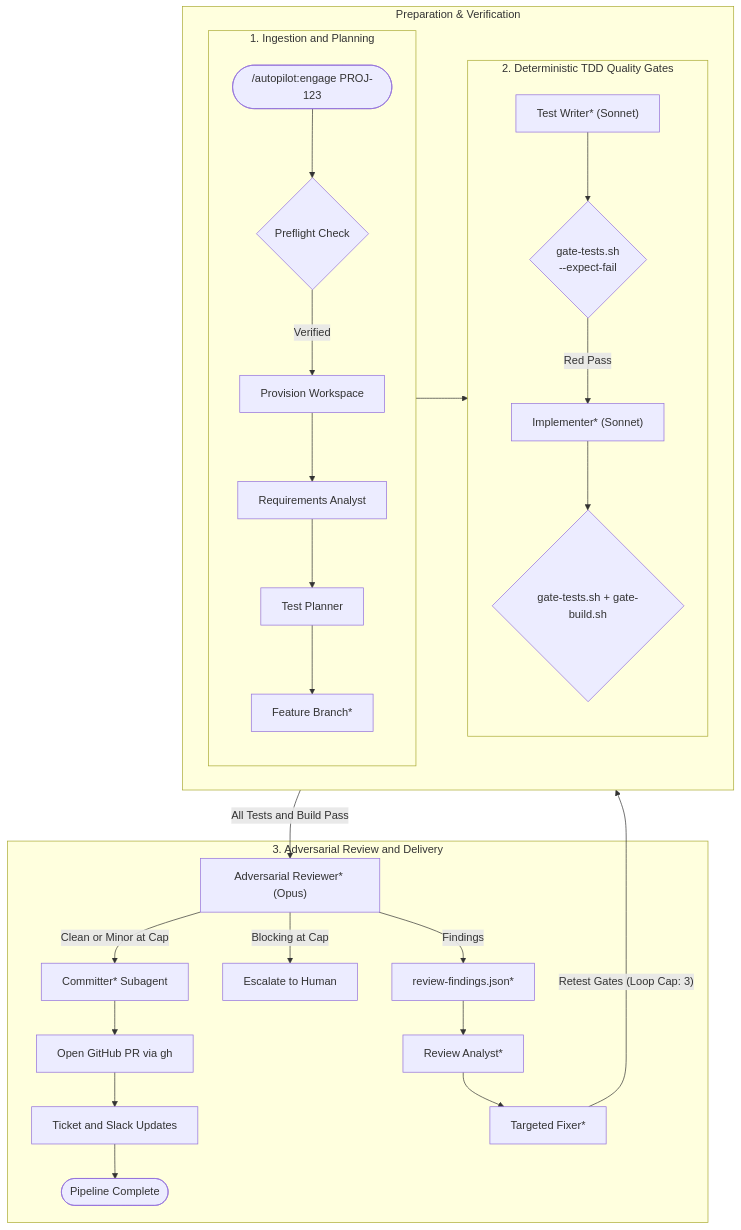
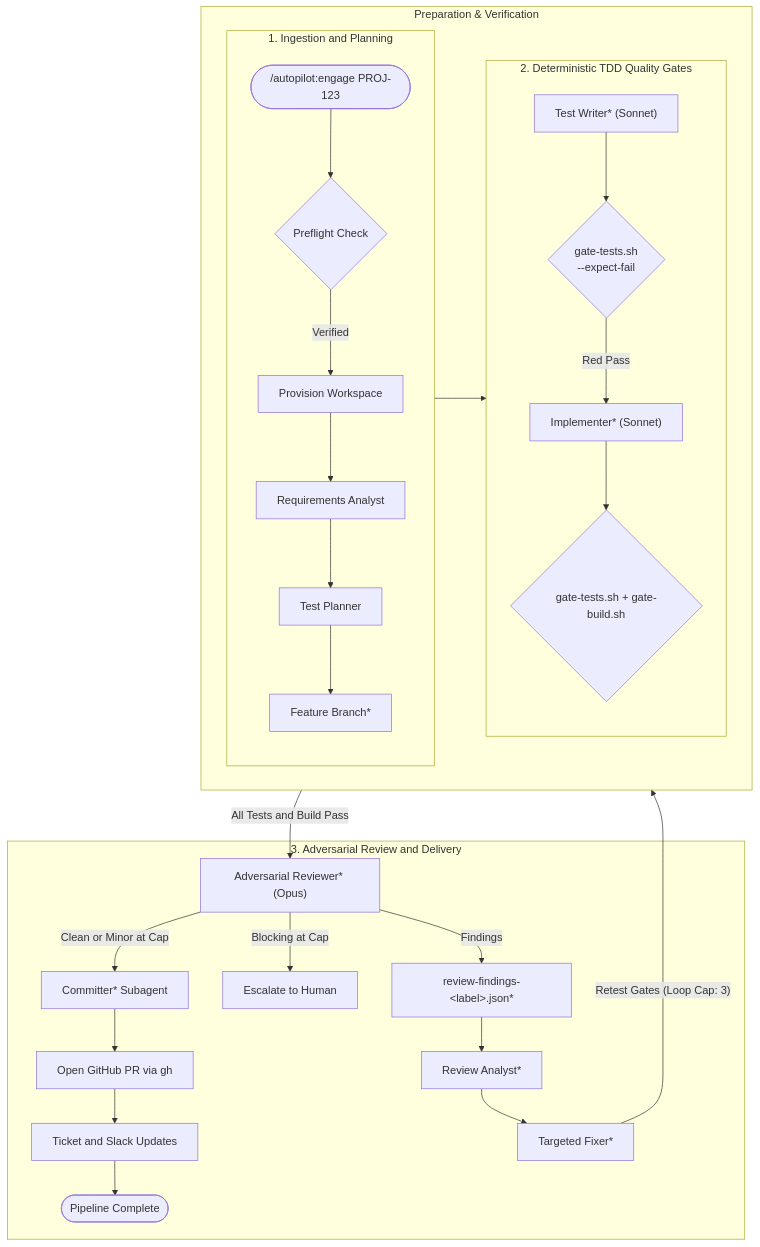
One commit to urvijain02/claude-autopilot changed the first of 2 diagrams in README.md. Above: the diagram before and after it, drawn with Mermaid. The commit also changed other lines of this file and 22 other files, not shown here.

````diff
--- a/README.md
+++ b/README.md
@@ -62,41 +77,41 @@
 ```mermaid
 flowchart TD
     subgraph Top_Row ["Preparation & Verification"]
         direction LR
         subgraph Plan_Phase ["1. Ingestion and Planning"]
             direction TB
             Start(["/autopilot:engage PROJ-123"]) --> Preflight{"Preflight Check"}
             Preflight -->|Verified| Provision["Provision Workspace"]
             Provision --> Req["Requirements Analyst"]
             Req --> Plan["Test Planner"]
             Plan --> Branch["Feature Branch*"]
         end
 
         subgraph TDD_Phase ["2. Deterministic TDD Quality Gates"]
             direction TB
             WriteTests["Test Writer* (Sonnet)"] --> RedGate{"gate-tests.sh<br/>--expect-fail"}
             RedGate -->|Red Pass| Implement["Implementer* (Sonnet)"]
             Implement --> GreenGate{"gate-tests.sh + gate-build.sh"}
         end
     end
 
     subgraph Review_Phase ["3. Adversarial Review and Delivery"]
         %% Delivery flow on the left
         Review["Adversarial Reviewer* (Opus)"] -->|Clean or Minor at Cap| Commit["Committer* Subagent"]
         Commit --> Ship["Open GitHub PR via gh"]
         Ship --> Updates["Ticket and Slack Updates"]
         Updates --> Done(["Pipeline Complete"])
 
         %% Escalation
         Review -->|Blocking at Cap| Escalate["Escalate to Human"]
 
         %% Fix Loop on the right (directly aligned with GreenGate)
-        Review -->|Findings| Findings["review-findings.json*"]
+        Review -->|Findings| Findings["review-findings-&lt;label&gt;.json*"]
         Findings --> Triage["Review Analyst*"]
         Triage --> Fixer["Targeted Fixer*"]
     end
 
     Branch --> WriteTests
     GreenGate -->|"All Tests and Build Pass"| Review
     Fixer -->|"Retest Gates (Loop Cap: 3)"| GreenGate
 ```
````
